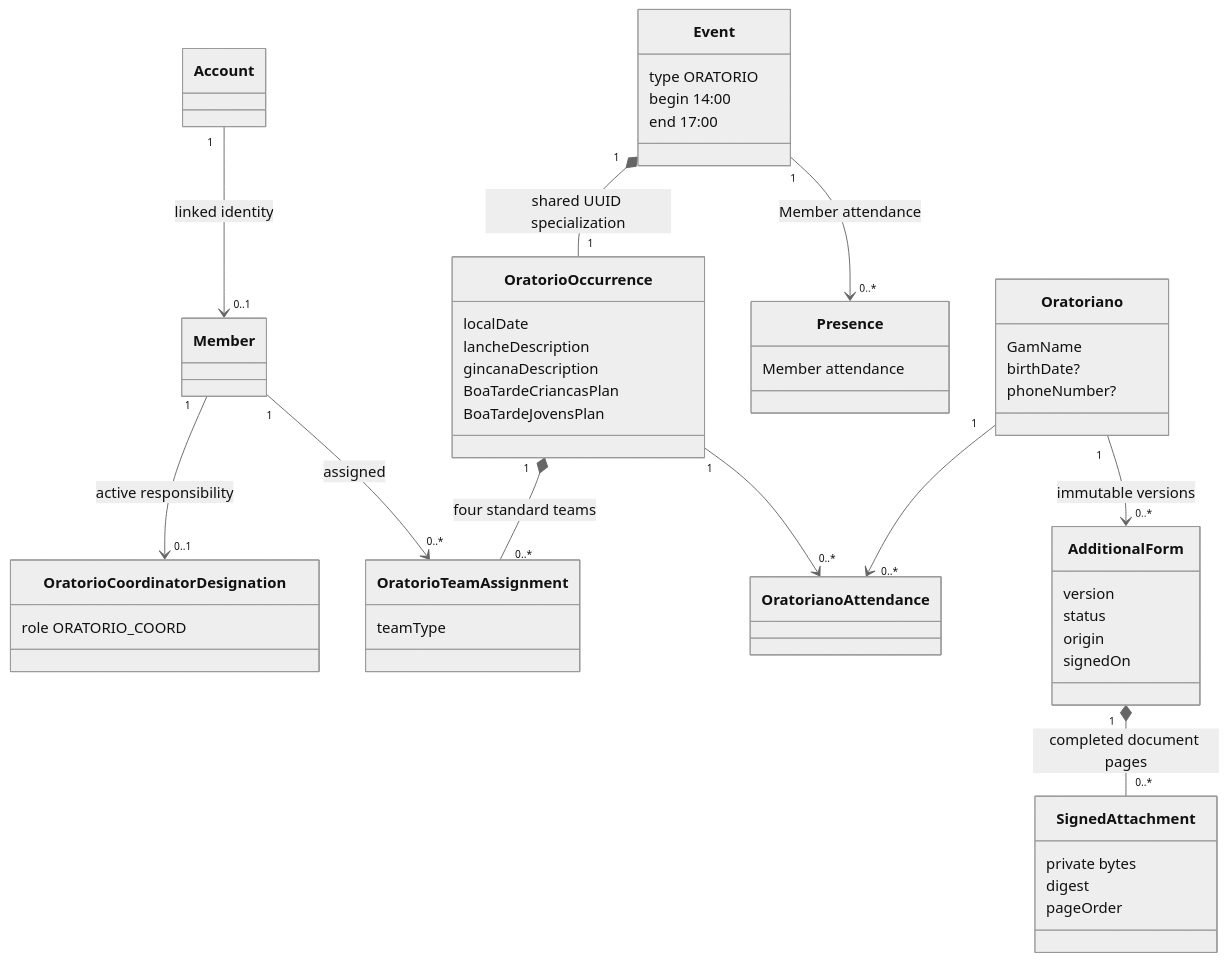
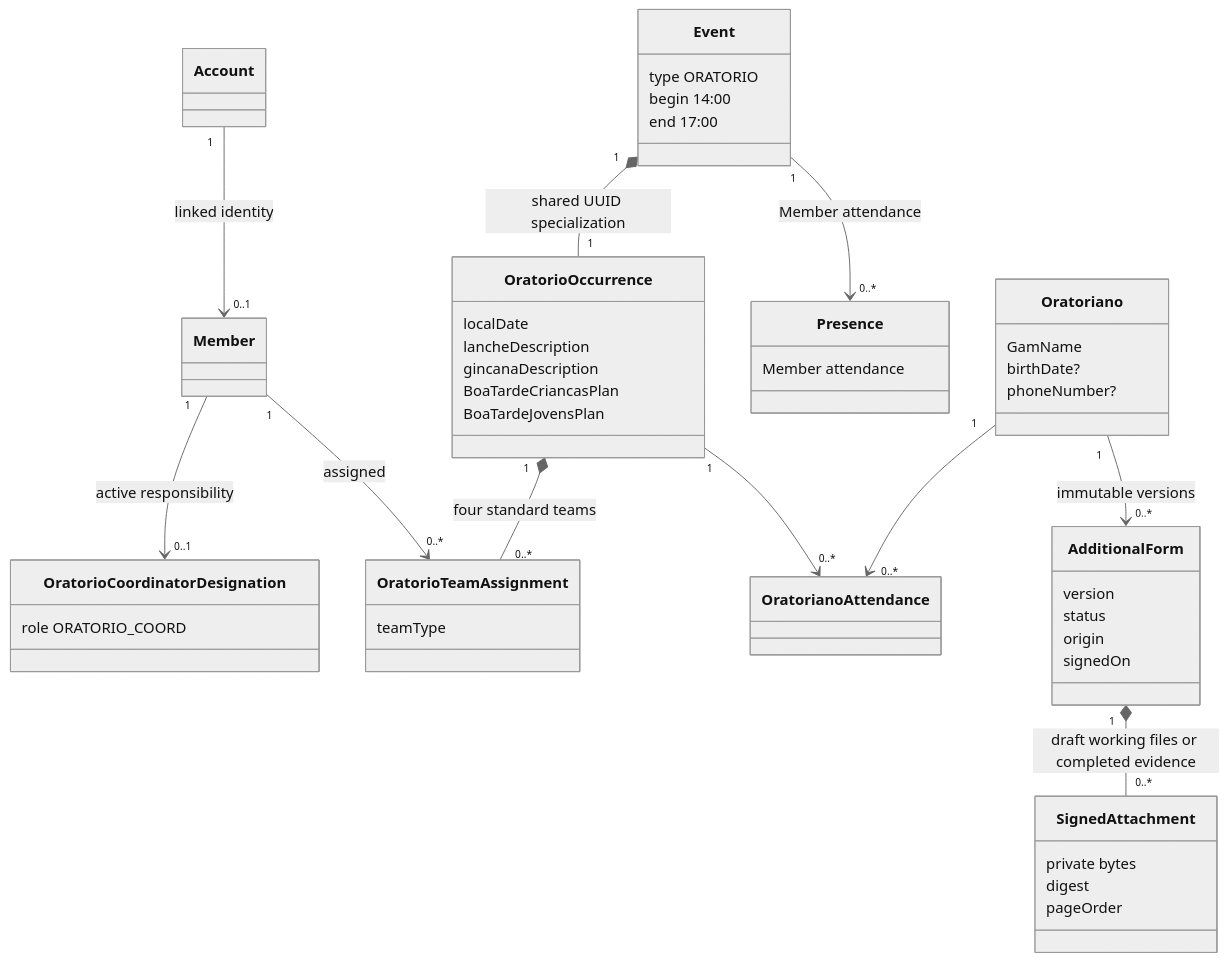
One commit to DudsFerraz/GAM-backend-API changed the diagram in docs/diagrams/oratorio-module-domain.md. Above: the diagram before and after it, drawn with Mermaid (neutral theme). The commit also changed other lines of this file and 8 other files, not shown here.

First line of the commit message:
docs(oratoriano): define draft attachment management

````diff
--- a/docs/diagrams/oratorio-module-domain.md
+++ b/docs/diagrams/oratorio-module-domain.md
@@ -5,54 +5,54 @@
 ```mermaid
 classDiagram
     class Account
     class Member
     class OratorioCoordinatorDesignation {
         role ORATORIO_COORD
     }
     class Event {
         type ORATORIO
         begin 14:00
         end 17:00
     }
     class OratorioOccurrence {
         localDate
         lancheDescription
         gincanaDescription
         BoaTardeCriancasPlan
         BoaTardeJovensPlan
     }
     class OratorioTeamAssignment {
         teamType
     }
     class Presence {
         Member attendance
     }
     class Oratoriano {
         GamName
         birthDate?
         phoneNumber?
     }
     class OratorianoAttendance
     class AdditionalForm {
         version
         status
         origin
         signedOn
     }
     class SignedAttachment {
         private bytes
         digest
         pageOrder
     }
 
     Account "1" --> "0..1" Member : linked identity
     Member "1" --> "0..1" OratorioCoordinatorDesignation : active responsibility
     Event "1" *-- "1" OratorioOccurrence : shared UUID specialization
     OratorioOccurrence "1" *-- "0..*" OratorioTeamAssignment : four standard teams
     Member "1" --> "0..*" OratorioTeamAssignment : assigned
     Event "1" --> "0..*" Presence : Member attendance
     OratorioOccurrence "1" --> "0..*" OratorianoAttendance
     Oratoriano "1" --> "0..*" OratorianoAttendance
     Oratoriano "1" --> "0..*" AdditionalForm : immutable versions
-    AdditionalForm "1" *-- "0..*" SignedAttachment : completed document pages
+    AdditionalForm "1" *-- "0..*" SignedAttachment : draft working files or completed evidence
 ```
````
